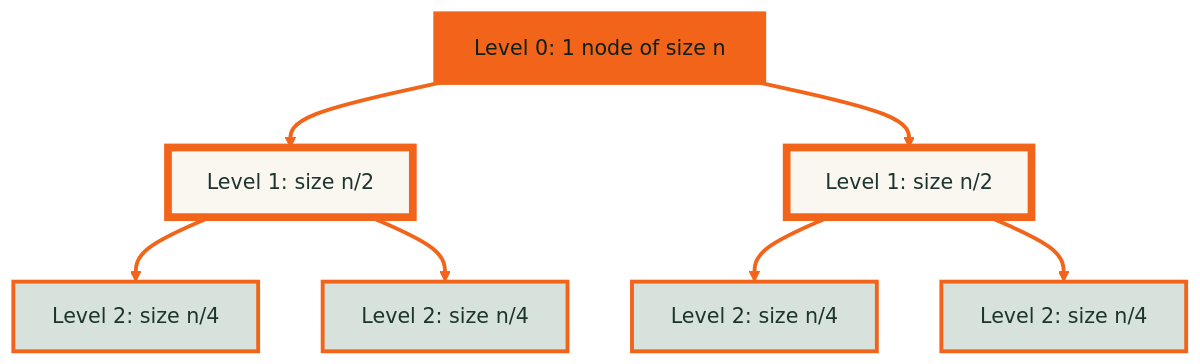
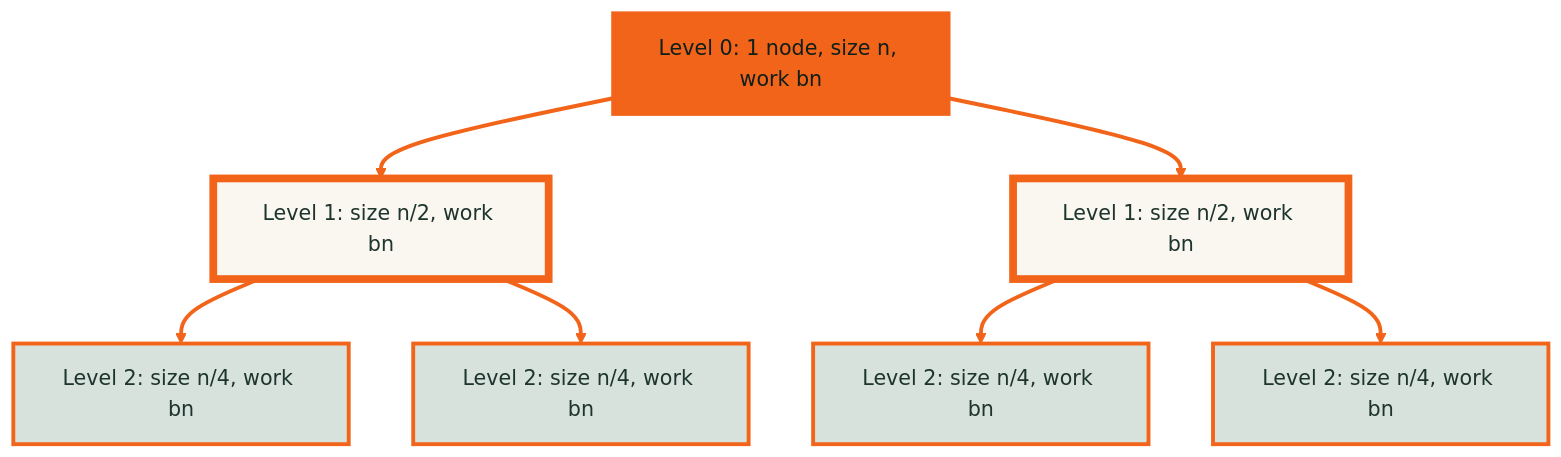
One commit to PanagopoulosNikolaos/DitOpenNotes changed the second of 3 diagrams in Year_3/Semester_5/ALGORITHMS_AND_COMPLEXITY/Resources/Notes/07_divide_and_conquer.md. Above: the diagram before and after it, drawn with Mermaid. The commit also changed other lines of this file and 4 other files, not shown here.

Commit message:
docs(notes): add dynamic programming, graphs and shortest paths study notes

````diff
--- a/Year_3/Semester_5/ALGORITHMS_AND_COMPLEXITY/Resources/Notes/07_divide_and_conquer.md
+++ b/Year_3/Semester_5/ALGORITHMS_AND_COMPLEXITY/Resources/Notes/07_divide_and_conquer.md
@@ -154,19 +154,19 @@
 ```mermaid
 %%{init: {"theme": "base", "themeVariables": {"primaryColor": "#FAF6F0", "primaryTextColor": "#1D352E", "primaryBorderColor": "#F26419", "lineColor": "#F26419", "textColor": "#1D352E", "edgeLabelBackground": "#FAF6F0", "fontFamily": "sans-serif"}}}%%
 flowchart TD
-    root["Level 0: 1 node of size n"] --> a["Level 1: size n/2"]
-    root --> b["Level 1: size n/2"]
-    a --> c["Level 2: size n/4"]
-    a --> d["Level 2: size n/4"]
-    b --> e["Level 2: size n/4"]
-    b --> f["Level 2: size n/4"]
+    root["Level 0: 1 node, size n, work bn"] --> a["Level 1: size n/2, work bn"]
+    root --> b["Level 1: size n/2, work bn"]
+    a --> c["Level 2: size n/4, work bn"]
+    a --> d["Level 2: size n/4, work bn"]
+    b --> e["Level 2: size n/4, work bn"]
+    b --> f["Level 2: size n/4, work bn"]
     class root focus
     class a,b mark
     class c,d,e,f soft
     classDef default fill:#FAF6F0,stroke:#F26419,stroke-width:3px,color:#1D352E
     classDef base fill:#FAF6F0,stroke:#F26419,stroke-width:3px,color:#1D352E
     classDef soft fill:#D6E2DB,stroke:#F26419,stroke-width:3px,color:#1D352E
     classDef mark fill:#FAF6F0,stroke:#F26419,stroke-width:6px,color:#1D352E
     classDef focus fill:#F26419,stroke:#F26419,stroke-width:3px,color:#0F1F1A
     linkStyle default stroke:#F26419,stroke-width:3px
 ```
````
